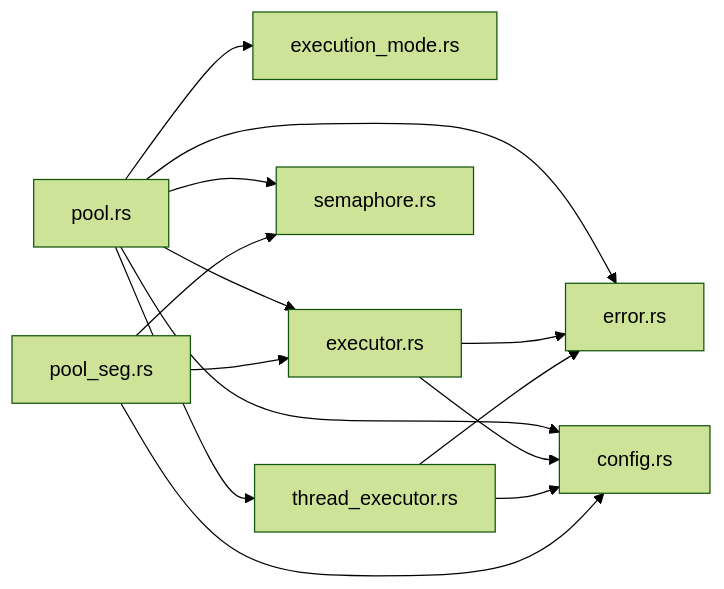
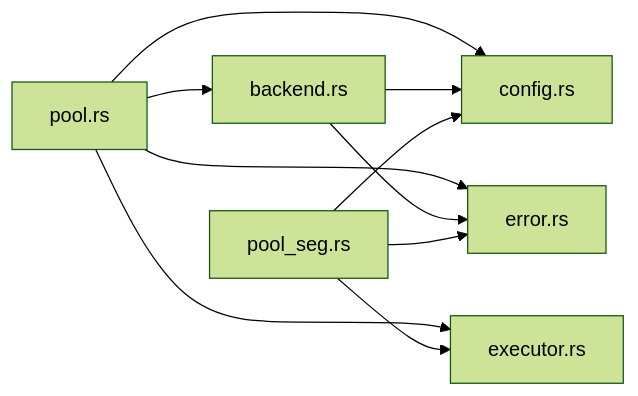
One commit to xcry2006/execute changed the fourth of 4 diagrams in .qoder/repowiki/zh/content/核心 API 参考/CommandPool API.md. Above: the diagram before and after it, drawn with Mermaid (forest theme). The commit also changed other lines of this file and 9 other files, not shown here.

````diff
--- a/.qoder/repowiki/zh/content/核心 API 参考/CommandPool API.md
+++ b/.qoder/repowiki/zh/content/核心 API 参考/CommandPool API.md
@@ -378,16 +351,12 @@
 ```mermaid
 graph LR
-P["pool.rs"] --> C["config.rs"]
+P["pool.rs"] --> B["backend.rs"]
+P --> C["config.rs"]
 P --> ER["error.rs"]
-P --> EM["execution_mode.rs"]
 P --> E["executor.rs"]
-P --> S["semaphore.rs"]
-P --> TE["thread_executor.rs"]
-E --> C
-E --> ER
-TE --> C
-TE --> ER
+B --> C
+B --> ER
 PS["pool_seg.rs"] --> C
 PS --> E
-PS --> S
+PS --> ER
 ```
````
